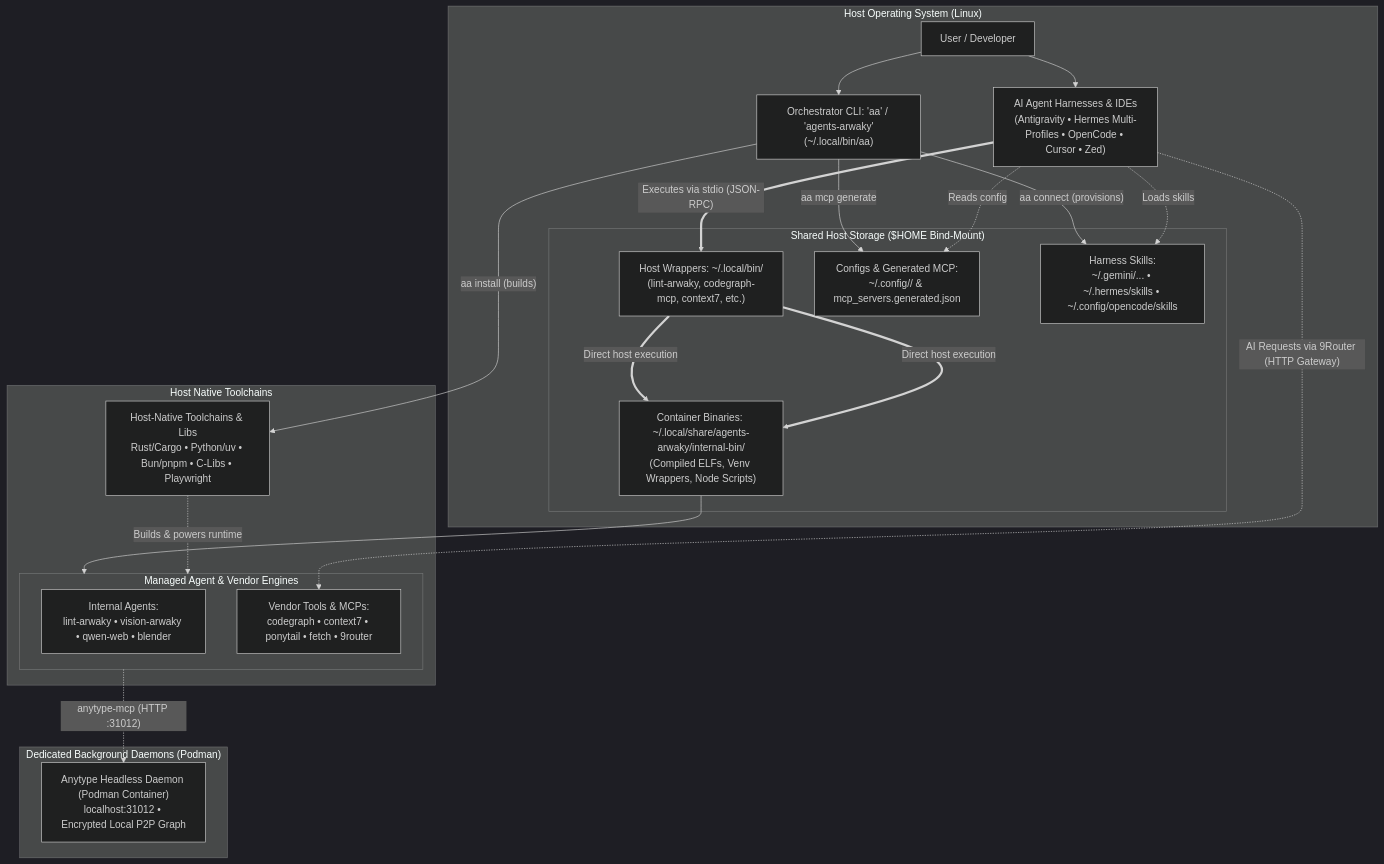
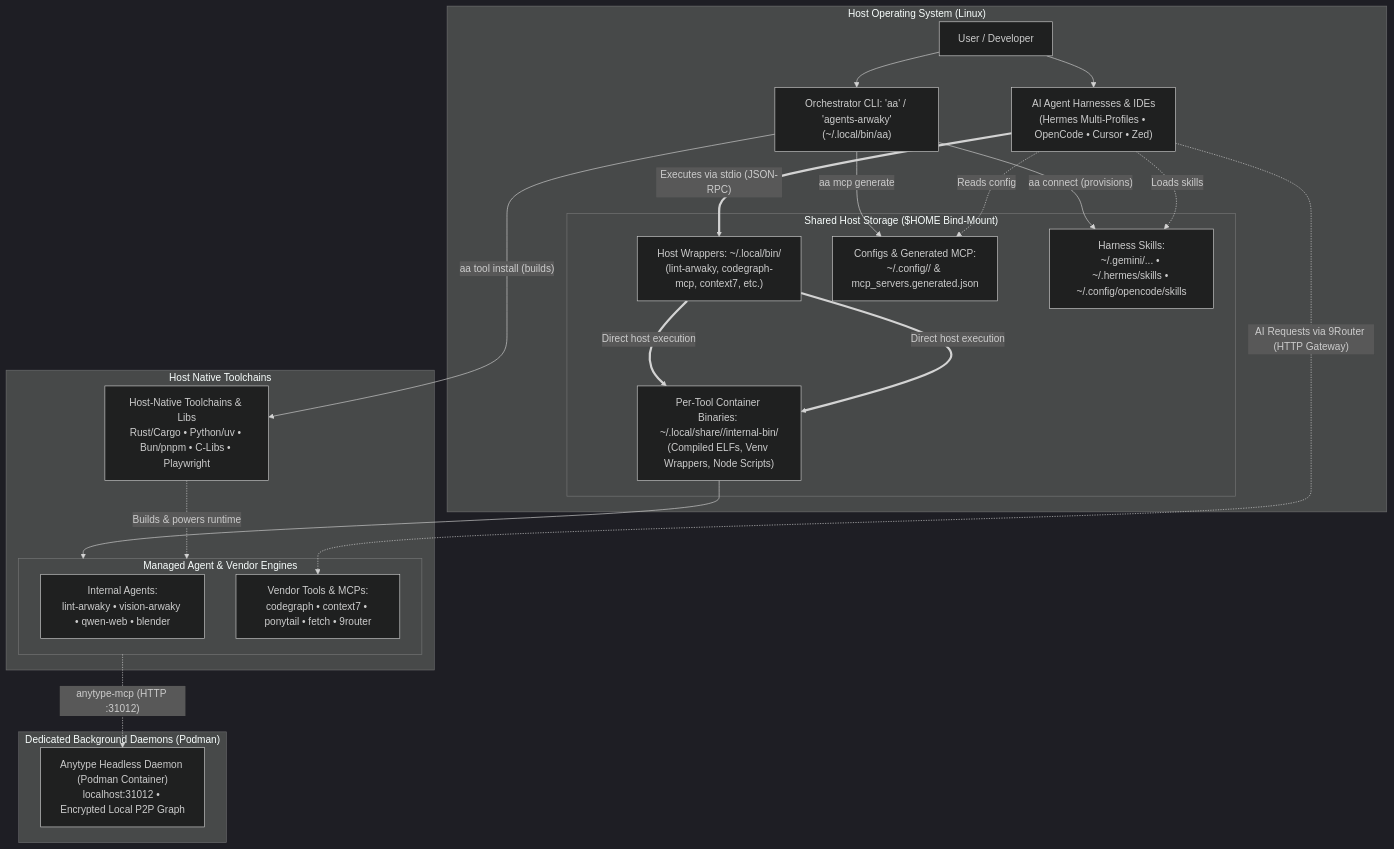
One commit to rakaarwaky/agents-arwaky changed the diagram in README.md. Above: the diagram before and after it, drawn with Mermaid (dark theme). The commit also changed other lines of this file and 1393 other files, not shown here.

````diff
--- a/README.md
+++ b/README.md
@@ -47,52 +23,52 @@
 ```mermaid
 flowchart TB
     subgraph HostOS["Host Operating System (Linux)"]
         User["User / Developer"]
-        Harnesses["AI Agent Harnesses & IDEs\n(Antigravity • Hermes Multi-Profiles • OpenCode • Cursor • Zed)"]
+        Harnesses["AI Agent Harnesses & IDEs\n(Hermes Multi-Profiles • OpenCode • Cursor • Zed)"]
         CLI["Orchestrator CLI: 'aa' / 'agents-arwaky'\n(~/.local/bin/aa)"]
       
         subgraph XDGShared["Shared Host Storage ($HOME Bind-Mount)"]
             Launchers["Host Wrappers: ~/.local/bin/\n(lint-arwaky, codegraph-mcp, context7, etc.)"]
-            InternalBin["Container Binaries: ~/.local/share/agents-arwaky/internal-bin/\n(Compiled ELFs, Venv Wrappers, Node Scripts)"]
+            InternalBin["Per-Tool Container Binaries: ~/.local/share/<tool>/internal-bin/\n(Compiled ELFs, Venv Wrappers, Node Scripts)"]
             XDGConfigs["Configs & Generated MCP:\n~/.config/<tool>/ & mcp_servers.generated.json"]
             XDGSkills["Harness Skills:\n~/.gemini/... • ~/.hermes/skills • ~/.config/opencode/skills"]
         end
     end
 
     subgraph HostToolchain["Host Native Toolchains"]
         IsolatedRuntimes["Host-Native Toolchains & Libs\nRust/Cargo • Python/uv • Bun/pnpm • C-Libs • Playwright"]
 
         subgraph AgentsAndTools["Managed Agent & Vendor Engines"]
             InternalAgents["Internal Agents:\nlint-arwaky • vision-arwaky • qwen-web • blender"]
             VendorTools["Vendor Tools & MCPs:\ncodegraph • context7 • ponytail • fetch • 9router"]
         end
     end
 
     subgraph SidecarServices["Dedicated Background Daemons (Podman)"]
         AnytypeDaemon["Anytype Headless Daemon (Podman Container)\nlocalhost:31012 • Encrypted Local P2P Graph"]
     end
 
     %% User & CLI interactions
     User --> CLI
     User --> Harnesses
     CLI -- "aa connect (provisions)" --> XDGSkills
     CLI -- "aa mcp generate" --> XDGConfigs
-    CLI -- "aa install (builds)" --> IsolatedRuntimes
+    CLI -- "aa tool install (builds)" --> IsolatedRuntimes
 
     %% Host-native execution
     Launchers == "Direct host execution" ==> InternalBin
 
     %% Harness interactions
     Harnesses -. "Reads config" .-> XDGConfigs
     Harnesses -. "Loads skills" .-> XDGSkills
     Harnesses == "Executes via stdio (JSON-RPC)" ==> Launchers
 
     %% Host-native execution
     Launchers == "Direct host execution" ==> InternalBin
     InternalBin --> AgentsAndTools
     IsolatedRuntimes -. "Builds & powers runtime" .-> AgentsAndTools
 
     %% Daemons & Services
     AgentsAndTools -. "anytype-mcp (HTTP :31012)" .-> AnytypeDaemon
     Harnesses -. "AI Requests via 9Router (HTTP Gateway)" .-> VendorTools
 ```
````
